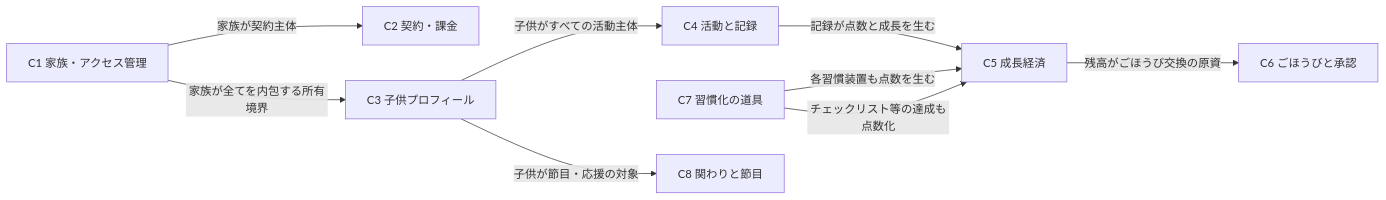
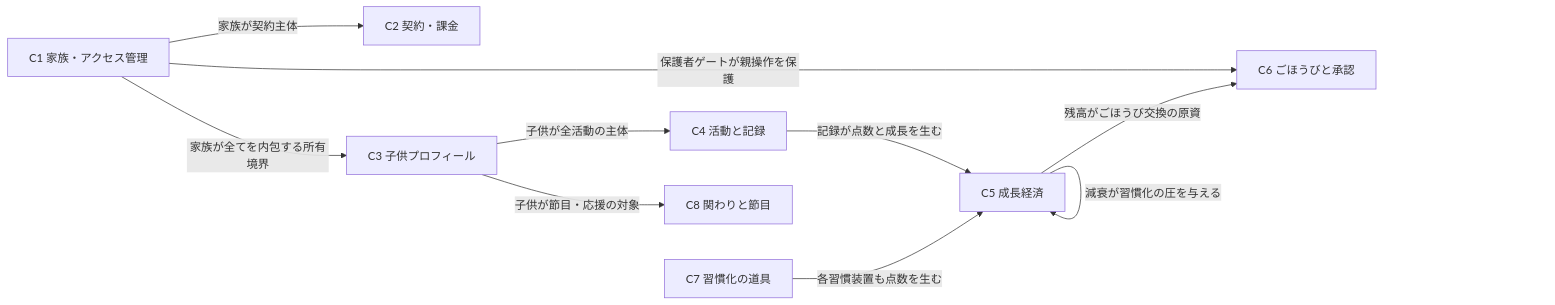
Before and after one commit to Takenori-Kusaka/ganbari-quest: the first of 6 diagrams in docs/design/dsql/m1-conceptual-model.md, drawn with Mermaid. The commit also changed other lines of this file and 1 other file, not shown here.

````diff
--- a/docs/design/dsql/m1-conceptual-model.md
+++ b/docs/design/dsql/m1-conceptual-model.md
@@ -44,20 +44,21 @@
 ```mermaid
 graph LR
   C1[C1 家族・アクセス管理]
   C2[C2 契約・課金]
   C3[C3 子供プロフィール]
   C4[C4 活動と記録]
   C5[C5 成長経済]
   C6[C6 ごほうびと承認]
   C7[C7 習慣化の道具]
   C8[C8 関わりと節目]
 
   C1 -->|家族が全てを内包する所有境界| C3
+  C1 -->|保護者ゲートが親操作を保護| C6
   C1 -->|家族が契約主体| C2
-  C3 -->|子供がすべての活動主体| C4
+  C3 -->|子供が全活動の主体| C4
   C4 -->|記録が点数と成長を生む| C5
+  C5 -->|減衰が習慣化の圧を与える| C5
   C5 -->|残高がごほうび交換の原資| C6
   C7 -->|各習慣装置も点数を生む| C5
   C3 -->|子供が節目・応援の対象| C8
-  C7 -->|チェックリスト等の達成も点数化| C5
 ```
````
